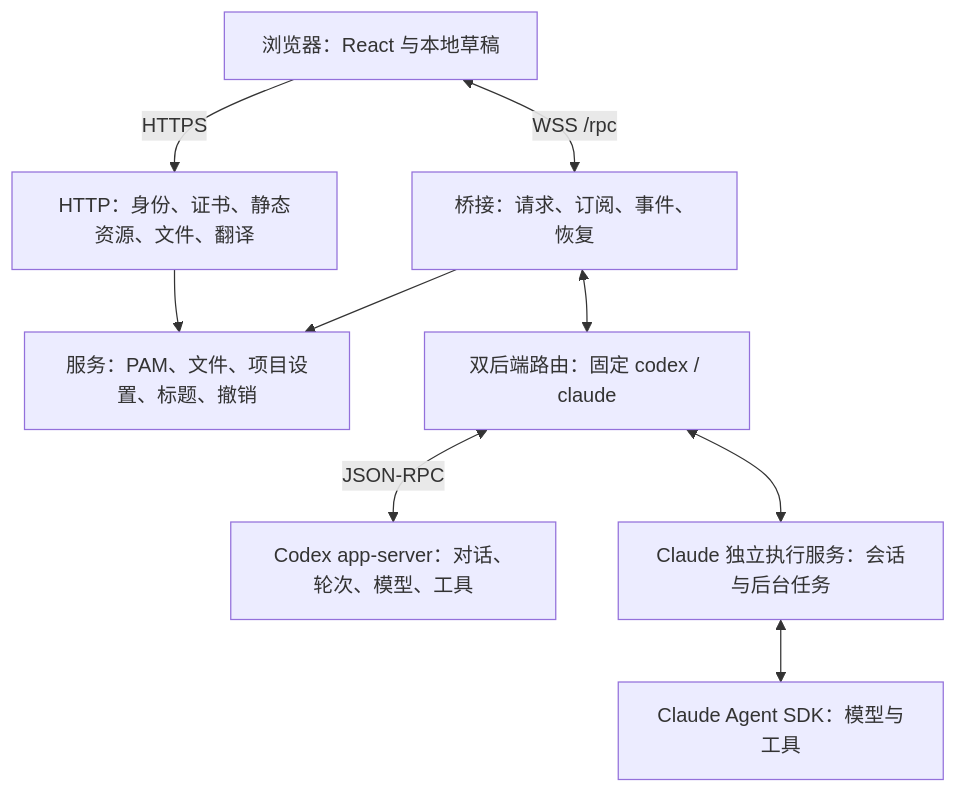
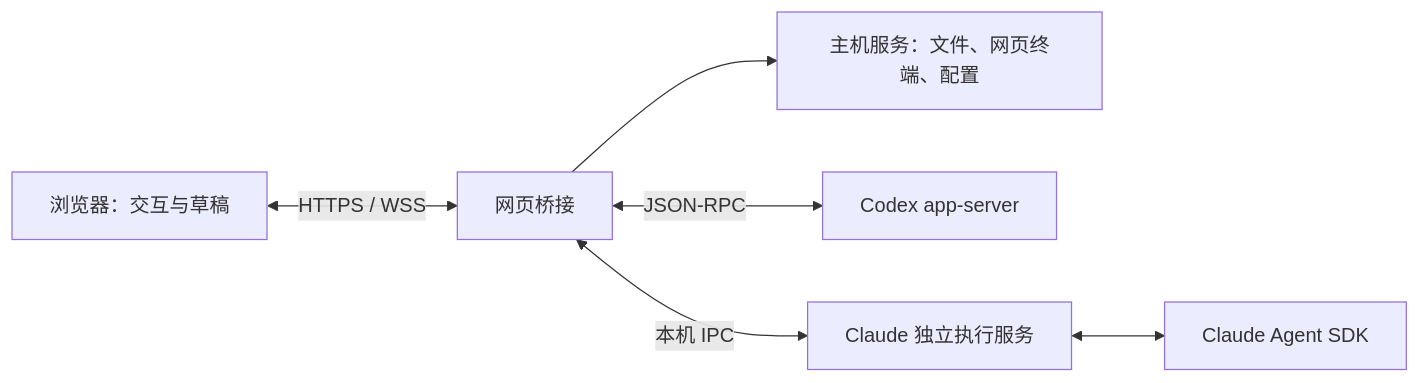
One commit to hjd-hitsz/claudex-web changed the diagram in docs/architecture.md. Above: the diagram before and after it, drawn with Mermaid. The commit also changed other lines of this file and 6 other files, not shown here.

````diff
--- a/docs/architecture.md
+++ b/docs/architecture.md
@@ -9,19 +9,8 @@
 ```mermaid
-flowchart TB
-  Browser[浏览器：React 与本地草稿]
-  HTTP[HTTP：身份、证书、静态资源、文件、翻译]
-  Bridge[桥接：请求、订阅、事件、恢复]
-  Services[服务：PAM、文件、项目设置、标题、撤销]
-  Codex[Codex app-server：对话、轮次、模型、工具]
-  Manager[双后端路由：固定 codex / claude]
-  Worker[Claude 独立执行服务：会话与后台任务]
-  Claude[Claude Agent SDK：模型与工具]
-  Browser -->|HTTPS| HTTP
-  Browser <-->|WSS /rpc| Bridge
-  HTTP --> Services
-  Bridge --> Services
-  Bridge <--> Manager
-  Manager <-->|JSON-RPC| Codex
-  Manager <--> Worker
-  Worker <--> Claude
+flowchart LR
+  Browser[浏览器：交互与草稿] <-->|HTTPS / WSS| Web[网页桥接]
+  Web --> Host[主机服务：文件、网页终端、配置]
+  Web <-->|JSON-RPC| Codex[Codex app-server]
+  Web <-->|本机 IPC| Worker[Claude 独立执行服务]
+  Worker <--> SDK[Claude Agent SDK]
 ```
````
